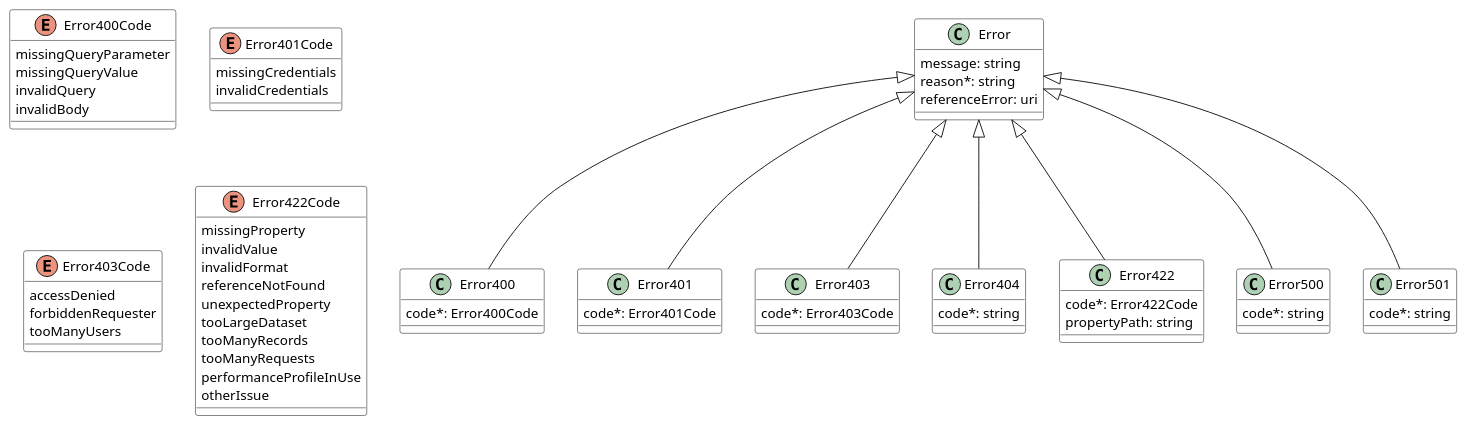
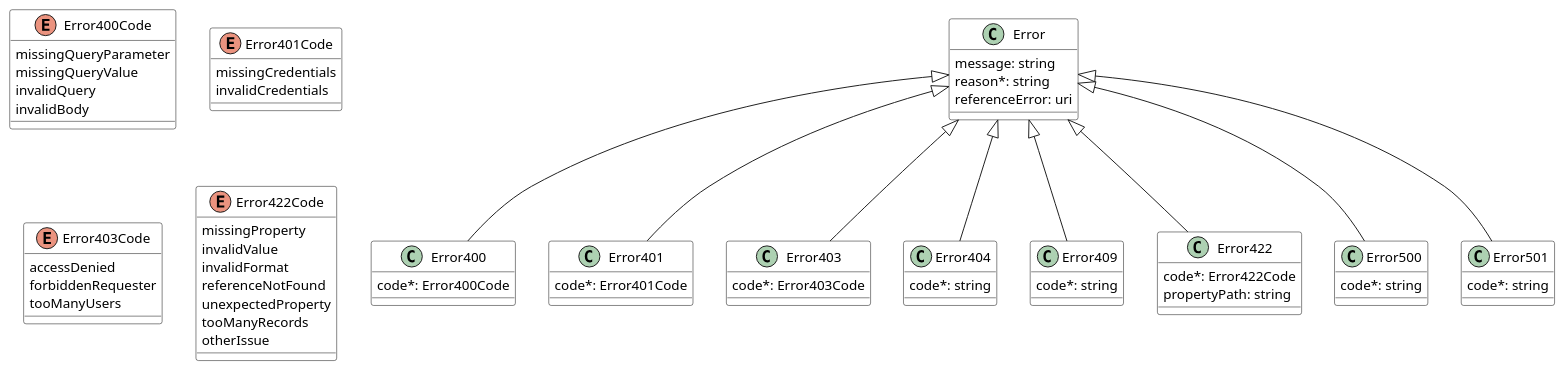
Before and after one commit to MEF-GIT/MEF-LSO-Interlude-SDK: the diagram in documentation/serviceApi/alarm/media/src/errorEntities.puml, drawn with PlantUML. The commit also changed 28 other files, not shown here.

```diff
--- a/documentation/serviceApi/alarm/media/src/errorEntities.puml
+++ b/documentation/serviceApi/alarm/media/src/errorEntities.puml
@@ -1,103 +1,109 @@
 @startuml errorEntities
 skinparam {
     ClassBackgroundColor White
     ClassBorderColor Black
 }
 
 class Error {
 
     message: string
     reason*: string
     referenceError: uri
 }
 
 
 
 class Error400 {
 
     code*: Error400Code
 }
 Error <|-- Error400
 
 
 
 enum Error400Code {
 
     missingQueryParameter
     missingQueryValue
     invalidQuery
     invalidBody
 }
 class Error401 {
 
     code*: Error401Code
 }
 Error <|-- Error401
 
 
 
 enum Error401Code {
 
     missingCredentials
     invalidCredentials
 }
 class Error403 {
 
     code*: Error403Code
 }
 Error <|-- Error403
 
 
 
 enum Error403Code {
 
     accessDenied
     forbiddenRequester
     tooManyUsers
 }
 class Error404 {
 
     code*: string
 }
 Error <|-- Error404
 
 
 
+class Error409 {
+
+    code*: string
+}
+Error <|-- Error409
+
+
+
 class Error422 {
 
     code*: Error422Code
     propertyPath: string
 }
 Error <|-- Error422
 
 
 
 enum Error422Code {
 
     missingProperty
     invalidValue
     invalidFormat
     referenceNotFound
     unexpectedProperty
-    tooLargeDataset
     tooManyRecords
-    tooManyRequests
-    performanceProfileInUse
     otherIssue
 }
 class Error500 {
 
     code*: string
 }
 Error <|-- Error500
 
 
 
 class Error501 {
 
     code*: string
 }
 Error <|-- Error501
 
 
+
 @enduml
```
